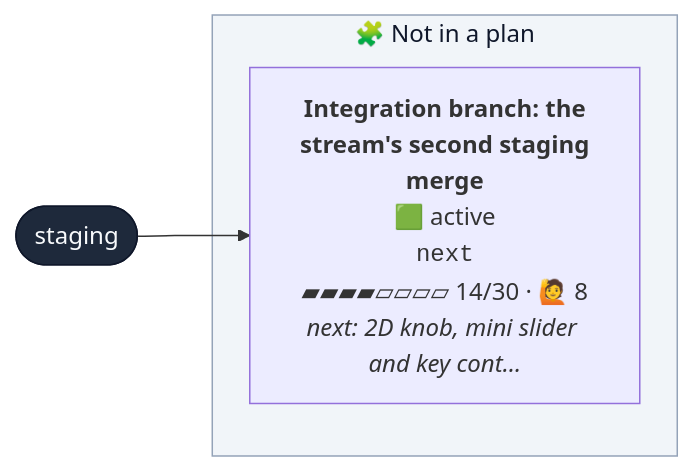
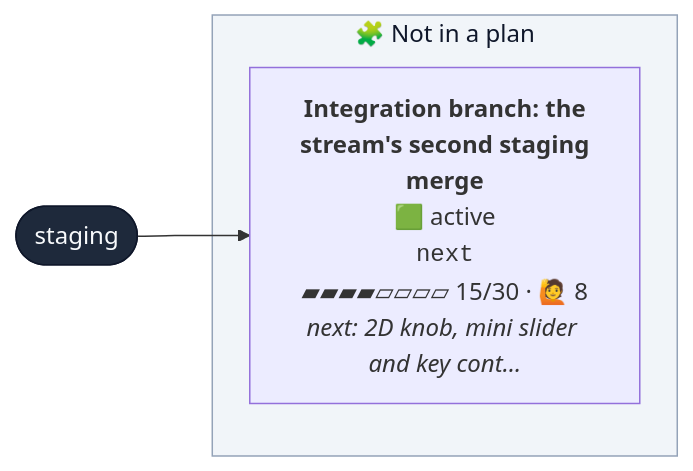
One commit to henryjonescodes/portfolio changed the first of 2 diagrams in CONTRIBUTING.md. Above: the diagram before and after it, drawn with Mermaid. The commit also changed other lines of this file, not shown here.

````diff
--- a/CONTRIBUTING.md
+++ b/CONTRIBUTING.md
@@ -16,18 +16,18 @@
 ```mermaid
 flowchart LR
   n_staging([staging])
   class n_staging trunk
   subgraph loose["🧩 Not in a plan"]
-    n_next["<b>Integration branch: the<br/>stream's second staging<br/>merge</b><br/>🟩 active<br/><code>next</code><br/>▰▰▰▰▱▱▱▱ 14/30 · 🙋 8<br/><i>next: 2D knob, mini slider and key cont…</i>"]
+    n_next["<b>Integration branch: the<br/>stream's second staging<br/>merge</b><br/>🟩 active<br/><code>next</code><br/>▰▰▰▰▱▱▱▱ 15/30 · 🙋 8<br/><i>next: 2D knob, mini slider and key cont…</i>"]
     class n_next active,current
   end
   style loose fill:#f1f5f9,stroke:#94a3b8,color:#0f172a
   n_staging --> n_next
   classDef planned fill:#c7d2fe,stroke:#4f46e5,color:#1e1b4b
   classDef sketched fill:#f8fafc,stroke:#64748b,stroke-dasharray:4 3,color:#334155
   classDef active fill:#bbf7d0,stroke:#16a34a,stroke-width:3px,color:#052e16
   classDef review fill:#fde68a,stroke:#d97706,stroke-width:3px,color:#451a03
   classDef blocked fill:#fecaca,stroke:#dc2626,stroke-width:3px,color:#450a0a
   classDef trunk fill:#1e293b,stroke:#0f172a,color:#f8fafc
   classDef current stroke:#0ea5e9,stroke-width:5px
 ```
````
